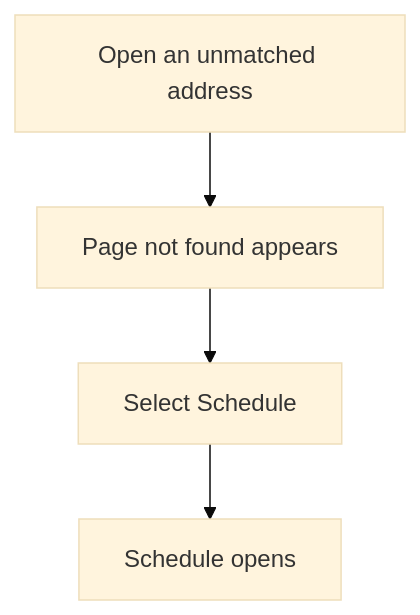
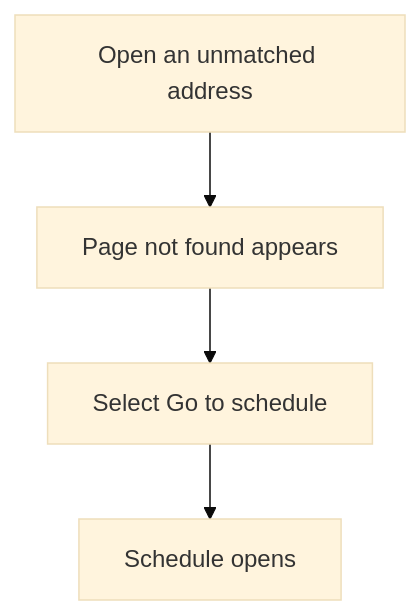
One commit to Kevinjohn/capacitylens changed the first of 2 diagrams in user-stories/navigation/US-NAV-18-not-found-route.md. Above: the diagram before and after it, drawn with Mermaid (base theme). The commit also changed other lines of this file and 119 other files, not shown here.

First line of the commit message:
docs: correct story text and flow diagrams against current source

````diff
--- a/user-stories/navigation/US-NAV-18-not-found-route.md
+++ b/user-stories/navigation/US-NAV-18-not-found-route.md
@@ -21,10 +21,10 @@
 ```mermaid
 flowchart TD
   human1["Open an unmatched address"]
   human2["Page not found appears"]
-  human3["Select Schedule"]
+  human3["Select Go to schedule"]
   human4["Schedule opens"]
   human1 --> human2
   human2 --> human3
   human3 --> human4
 ```
````
